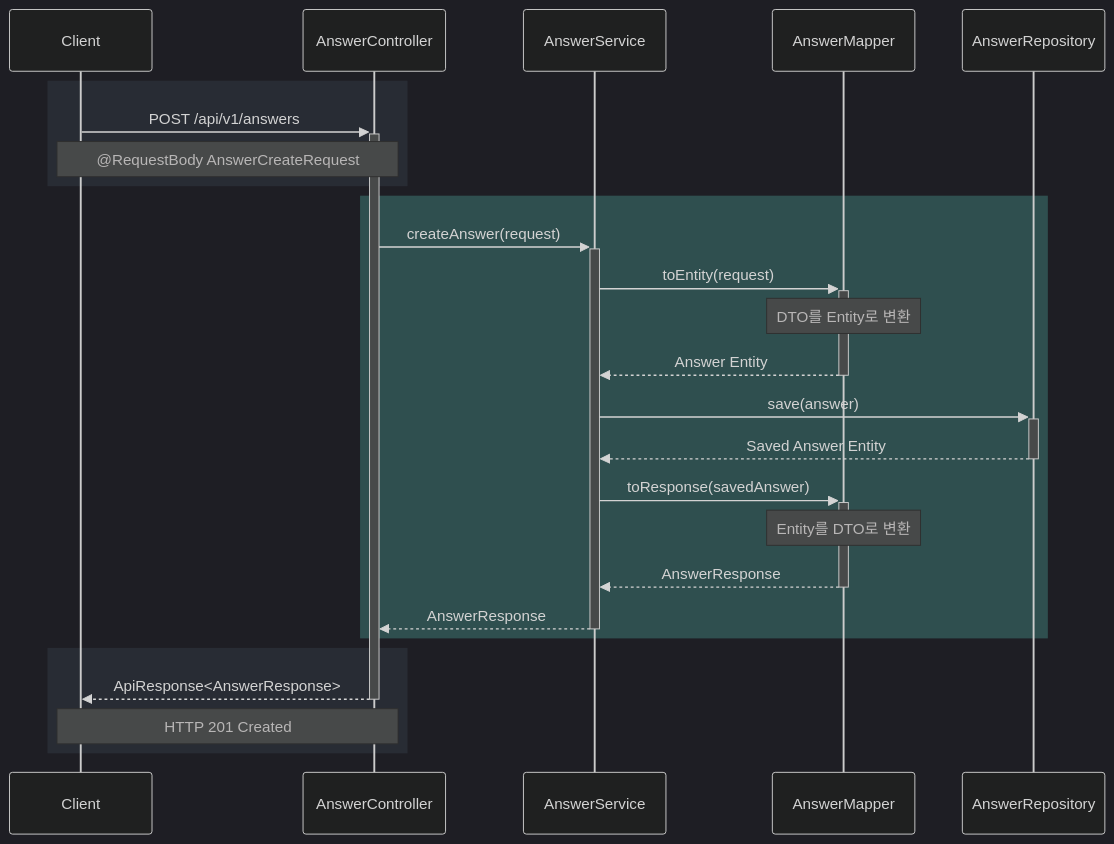
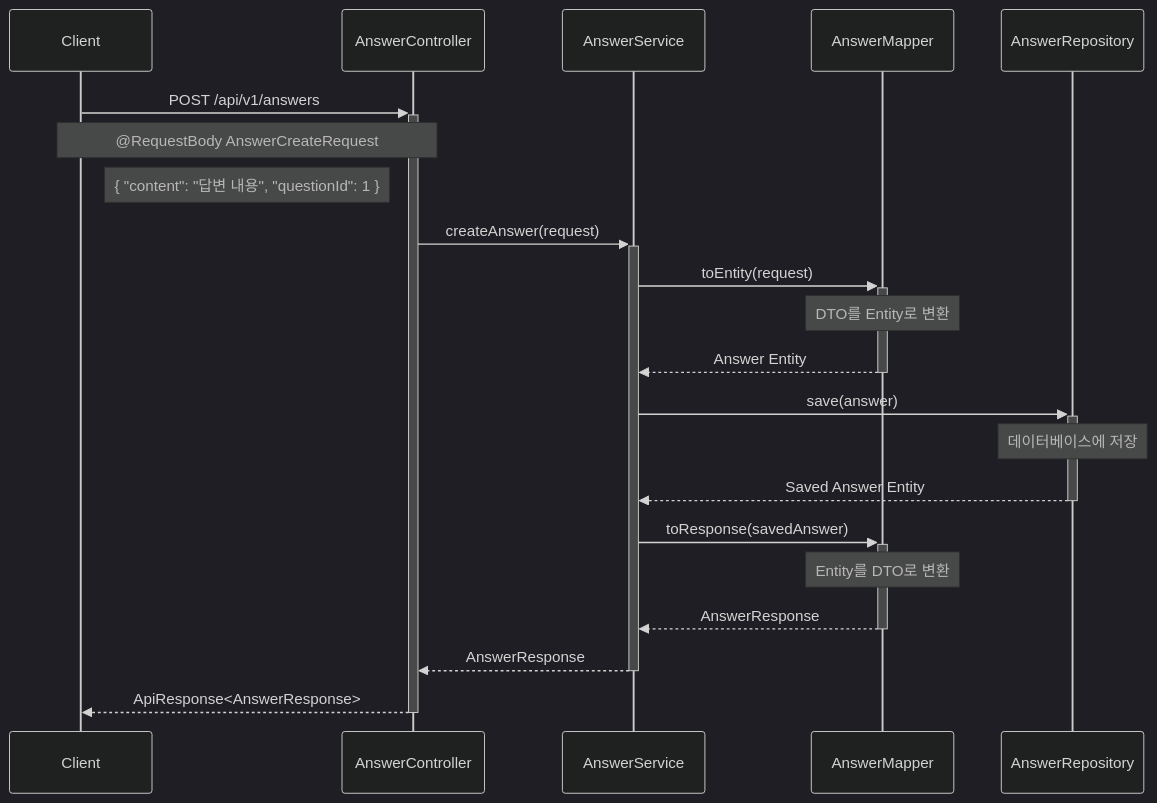
Before and after one commit to yujm08/ezen-mini-backend: the diagram in README.md, drawn with Mermaid. The commit also changed other lines of this file, not shown here.

Commit message:
Update README.md to replace Answer sequence diagram with a more detailed Answer data flow diagram, enhancing clarity and providing additional context for the API request and response flow.

````diff
--- a/README.md
+++ b/README.md
@@ -3,36 +3,30 @@
 ```mermaid
 %%{init: {'theme': 'dark'}}%%
 sequenceDiagram
     participant C as Client
     participant AC as AnswerController
     participant AS as AnswerService
     participant AM as AnswerMapper
     participant AR as AnswerRepository
     
-    rect rgb(40, 44, 52)
-        C->>+AC: POST /api/v1/answers
-        Note over C,AC: @RequestBody AnswerCreateRequest
-    end
+    C->>+AC: POST /api/v1/answers
+    Note over C,AC: @RequestBody AnswerCreateRequest
+    Note right of C: { "content": "답변 내용", "questionId": 1 }
     
-    rect rgb(47, 79, 79)
-        AC->>+AS: createAnswer(request)
-        
-        AS->>+AM: toEntity(request)
-        Note over AM: DTO를 Entity로 변환
-        AM-->>-AS: Answer Entity
-        
-        AS->>+AR: save(answer)
-        AR-->>-AS: Saved Answer Entity
-        
-        AS->>+AM: toResponse(savedAnswer)
-        Note over AM: Entity를 DTO로 변환
-        AM-->>-AS: AnswerResponse
-        
-        AS-->>-AC: AnswerResponse
-    end
+    AC->>+AS: createAnswer(request)
     
-    rect rgb(40, 44, 52)
-        AC-->>-C: ApiResponse<AnswerResponse>
-        Note over C,AC: HTTP 201 Created
-    end
+    AS->>+AM: toEntity(request)
+    Note over AM: DTO를 Entity로 변환
+    AM-->>-AS: Answer Entity
+    
+    AS->>+AR: save(answer)
+    Note over AR: 데이터베이스에 저장
+    AR-->>-AS: Saved Answer Entity
+    
+    AS->>+AM: toResponse(savedAnswer)
+    Note over AM: Entity를 DTO로 변환
+    AM-->>-AS: AnswerResponse
+    
+    AS-->>-AC: AnswerResponse
+    AC-->>-C: ApiResponse<AnswerResponse>
 ```
````
